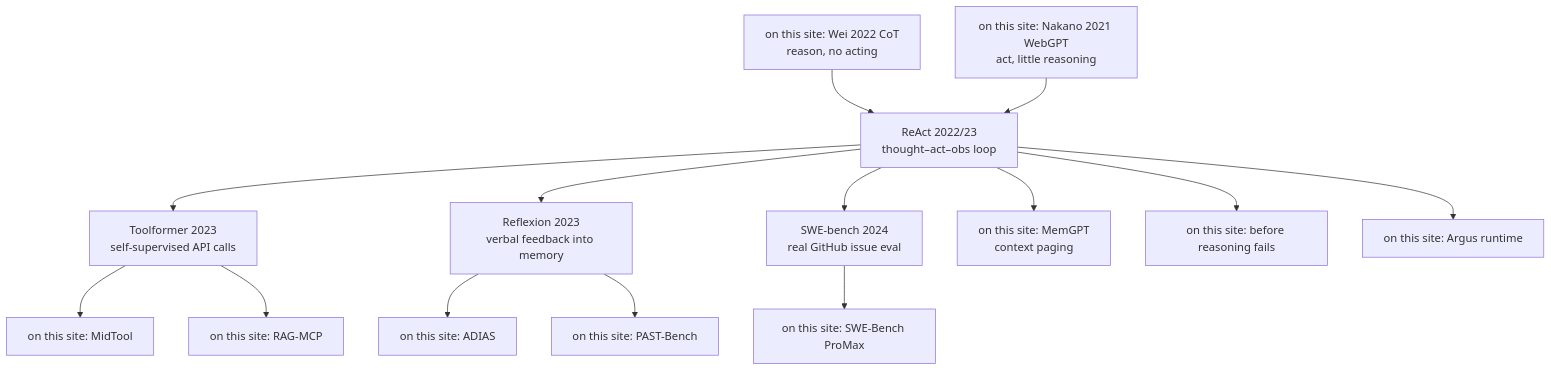
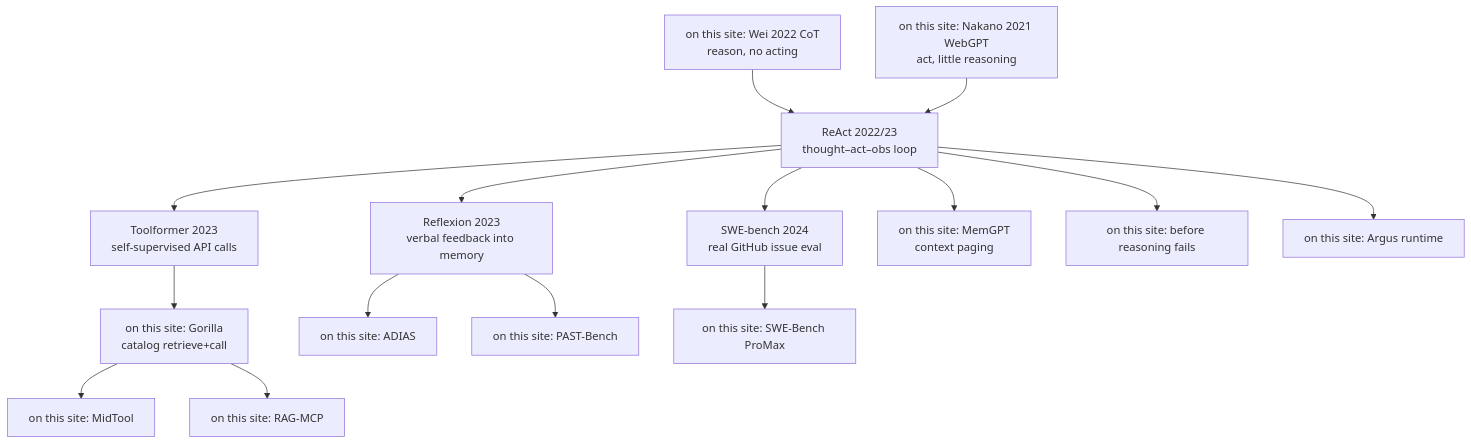
The diagram in src/content/blog/en/91-agent-method-foundation-reading-map.md (poirotw66/poirotw66.github.io), drawn with Mermaid before and after one commit. The commit also changed other lines of this file and 19 other files, not shown here.

First line of the commit message:
Add Gorilla paper-reading note 35 as catalog-scale API ancestor

````diff
--- a/src/content/blog/en/91-agent-method-foundation-reading-map.md
+++ b/src/content/blog/en/91-agent-method-foundation-reading-map.md
@@ -45,18 +45,19 @@
 ```mermaid
 flowchart TB
   CoT["on this site: Wei 2022 CoT<br/>reason, no acting"]
   WebGPT["on this site: Nakano 2021 WebGPT<br/>act, little reasoning"]
   CoT --> ReAct["ReAct 2022/23<br/>thought–act–obs loop"]
   WebGPT --> ReAct
   ReAct --> Toolformer["Toolformer 2023<br/>self-supervised API calls"]
   ReAct --> Reflexion["Reflexion 2023<br/>verbal feedback into memory"]
   ReAct --> SWEb["SWE-bench 2024<br/>real GitHub issue eval"]
   ReAct --> MemGPT["on this site: MemGPT<br/>context paging"]
-  Toolformer --> MidTool["on this site: MidTool"]
-  Toolformer --> RAGMCP["on this site: RAG-MCP"]
+  Toolformer --> Gorilla["on this site: Gorilla<br/>catalog retrieve+call"]
+  Gorilla --> MidTool["on this site: MidTool"]
+  Gorilla --> RAGMCP["on this site: RAG-MCP"]
   Reflexion --> ADIAS["on this site: ADIAS"]
   Reflexion --> PAST["on this site: PAST-Bench"]
   SWEb --> ProMax["on this site: SWE-Bench ProMax"]
   ReAct --> ReadGate["on this site: before reasoning fails"]
   ReAct --> Argus["on this site: Argus runtime"]
 ```
````
